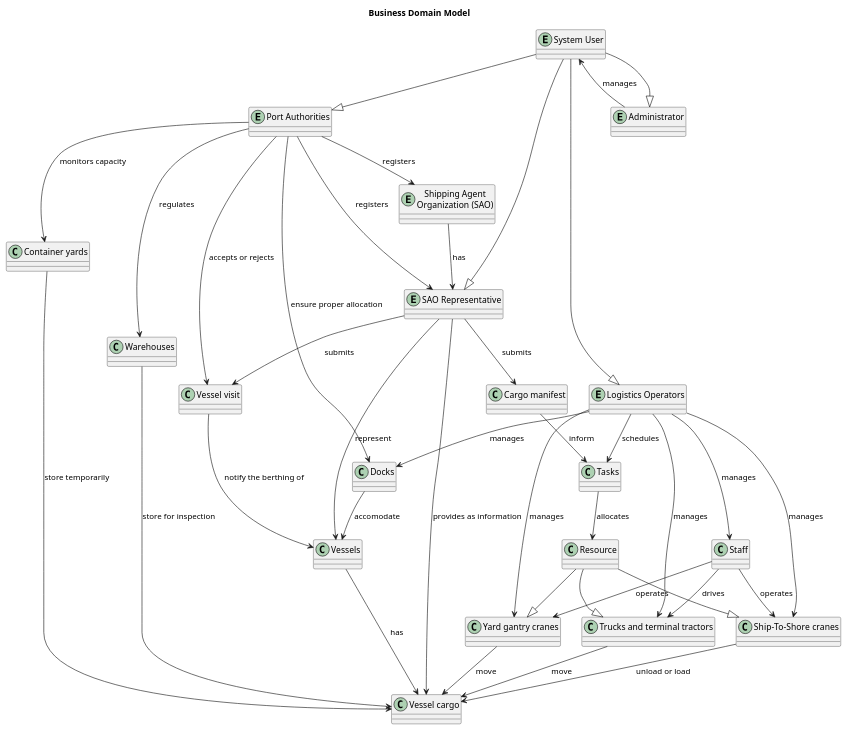
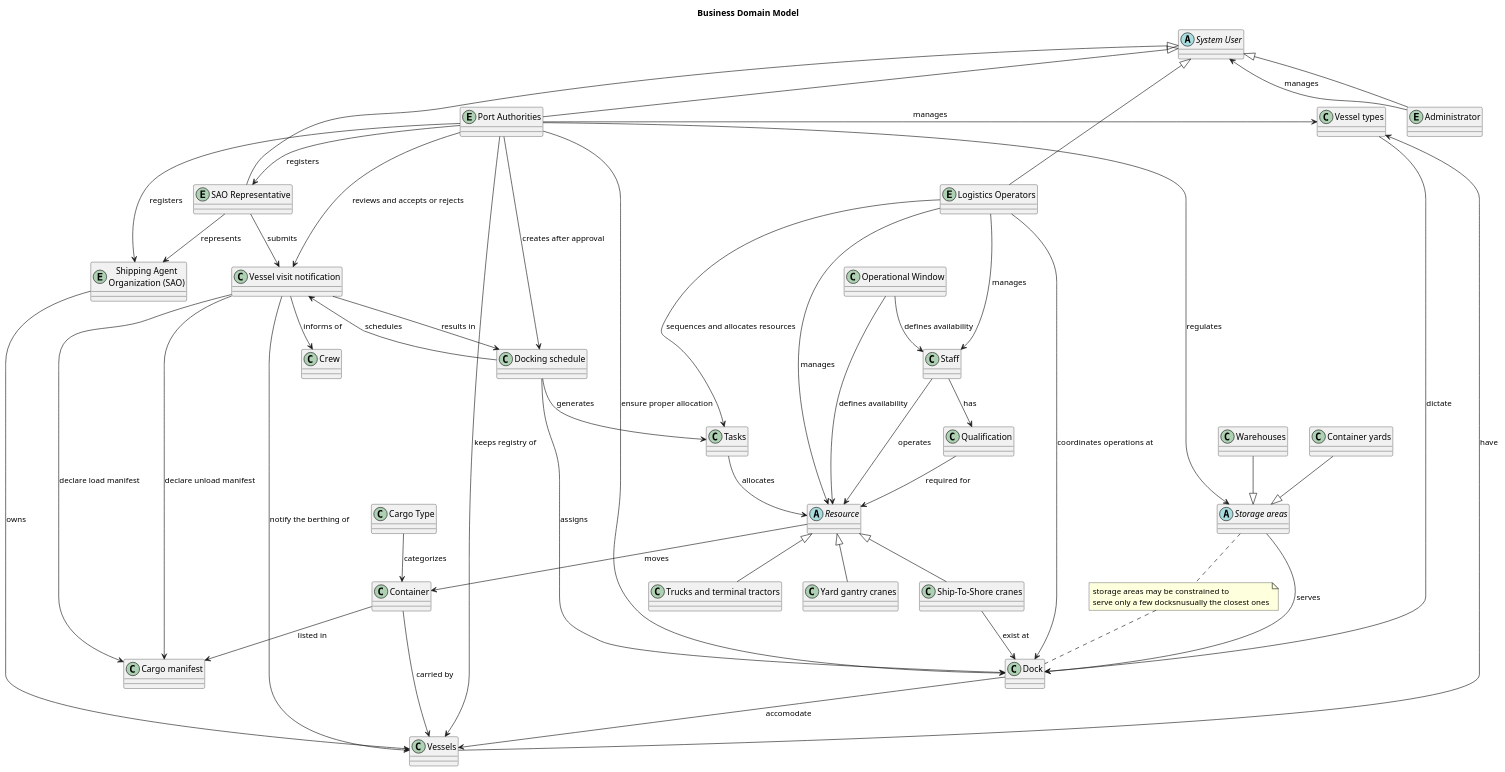
The diagram in docs/sprint_1/global_artifacts/domain/business_model.puml (BernasDzn/portit), drawn with PlantUML before and after one commit.

Commit message:
docs(business model): added even more relationships and entities to reflect new insights. clean up previous relationships
ref: #24

```diff
--- a/docs/sprint_1/global_artifacts/domain/business_model.puml
+++ b/docs/sprint_1/global_artifacts/domain/business_model.puml
@@ -1,79 +1,108 @@
 @startuml
 title Business Domain Model
 
-entity "System User" as user
+    abstract "System User" as user
 
-entity "Port Authorities" as PA
-entity "Shipping Agent\nOrganization (SAO)" as SAO
-entity "SAO Representative" as SAOR
-entity "Logistics Operators" as LO
-entity "Administrator" as AD
+    entity "Port Authorities" as PA
+    entity "Shipping Agent\nOrganization (SAO)" as SAO
+    entity "SAO Representative" as SAOR
+    entity "Logistics Operators" as LO
+    entity "Administrator" as AD
 
-class "Staff" as staff
+    class "Staff" as staff
+    abstract "Resource" as res
+    class "Dock" as docks
+    class "Ship-To-Shore cranes" as cranes
+    class "Yard gantry cranes" as yg_cranes
+    class "Trucks and terminal tractors" as trucks
+    class "Tasks" as tasks
+    class "Operational Window" as op_window
+    class "Qualification" as qualification
 
-class "Resource" as res
+    abstract "Storage areas" as storage
+    class "Container yards" as yards
+    class "Warehouses" as warehouse
 
-class "Docks" as docks
-class "Ship-To-Shore cranes" as cranes
-class "Yard gantry cranes" as yg_cranes
-class "Trucks and terminal tractors" as trucks
-class "Container yards" as yards
-class "Warehouses" as warehouse
+    class "Vessels" as vessels
+    class "Vessel types" as vessels_types
 
-class "Vessels" as vessels
-class "Vessel visit" as vessel_visit
-class "Vessel cargo" as vessel_cargo
-class "Cargo manifest" as cm
+    class "Vessel visit notification" as vessel_visit
+    class "Crew" as crew
+    class "Docking schedule" as docking_s
+    class "Cargo manifest" as cm
 
-class "Tasks" as tasks
+    class "Cargo Type" as cargo_type
+    class "Container" as container
 
-user --|> PA
-user --|> SAOR
-user --|> LO
-user --|> AD
+user <|-- PA
+user <|-- SAOR
+user <|-- LO
+user <|-- AD
 
 AD --> user : "manages"
 
+SAO --> vessels : "owns"
+
+vessels --> vessels_types : "have"
+vessels_types -> docks : "dictate"
+
 PA --> SAO : "registers"
 PA --> SAOR : "registers"
-PA --> vessel_visit : "accepts or rejects"
-PA --> warehouse : "regulates"
+PA --> vessel_visit : "reviews and accepts or rejects"
 PA --> docks : "ensure proper allocation"
-PA --> yards : "monitors capacity"
+PA --> storage : "regulates"
+PA -> vessels_types : "manages" 
+PA -> vessels : "keeps registry of"
+PA --> docking_s : "creates after approval"
 
-SAO --> SAOR : "has"
+yards --|> storage
+warehouse --|> storage
 
-SAOR --> vessels : "represent"
+storage --> docks : "serves"
+note "storage areas may be constrained to \nserve only a few docksnusually the closest ones" as N1
+storage .. N1
+N1 .. docks
+
 SAOR --> vessel_visit : "submits"
-SAOR --> cm : "submits"
-SAOR --> vessel_cargo : "provides as information"
+SAOR --> SAO : "represents"
 
+vessel_visit --> vessels : "notify the berthing of"
+vessel_visit --> cm : "declare load manifest"
+vessel_visit --> cm : "declare unload manifest"
+vessel_visit --> crew : "informs of"
+vessel_visit --> docking_s : "results in"
 
-vessels --> vessel_cargo : "has"
-vessel_visit --> vessels : "notify the berthing of"
-cranes --> vessel_cargo : "unload or load"
+docking_s --> vessel_visit : "schedules"
+docking_s --> docks : "assigns"
+docking_s --> tasks : "generates"
+
 docks --> vessels : "accomodate"
-trucks --> vessel_cargo : "move"
-yg_cranes --> vessel_cargo : "move"
-warehouse --> vessel_cargo : "store for inspection"
-yards --> vessel_cargo : "store temporarily"
 
-res --|> cranes
-res --|> yg_cranes
-res --|> trucks
+res <|-- cranes
+res <|-- yg_cranes
+res <|-- trucks
 
-staff --> cranes : "operates"
-staff --> yg_cranes : "operates"
-staff --> trucks : "drives"
+res --> container : "moves"
+cranes --> docks : "exist at"
 
-LO --> tasks : "schedules"
+staff --> res : "operates"
+staff --> qualification : "has"
+
+LO --> tasks : "sequences and allocates resources"
 LO ---> staff : "manages"
-LO --> docks : "manages"
-LO --> cranes : "manages"
-LO --> yg_cranes : "manages"
-LO --> trucks : "manages"
+LO --> docks : "coordinates operations at"
+LO -->  res : "manages"
 
-cm --> tasks : "inform"
 tasks --> res : "allocates"
 
+op_window --> res : "defines availability"
+op_window --> staff : "defines availability"
+
+qualification --> res : "required for"
+
+cargo_type --> container : "categorizes"
+
+container --> cm : "listed in"
+container --> vessels : "carried by"
+
 @enduml
```
